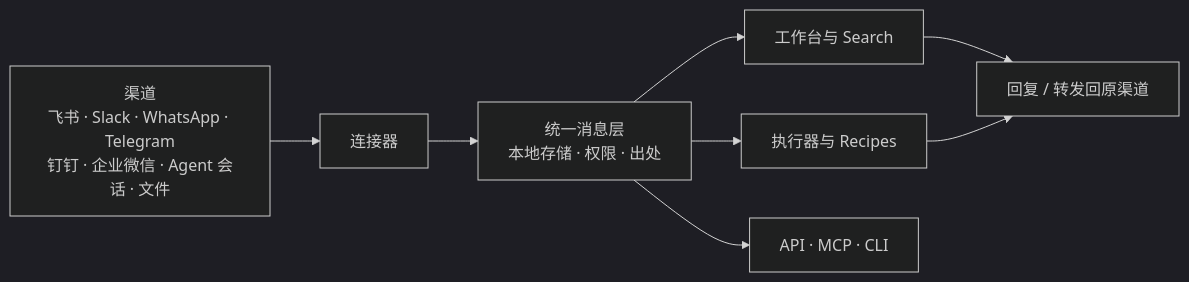
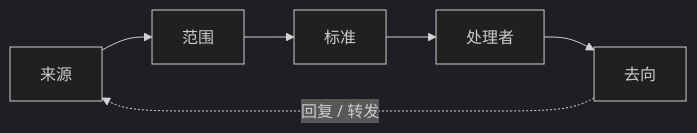
The diagram in docs/zh/PRODUCT.md (regenic-ai/regenic), drawn with Mermaid (dark theme) before and after one commit. The commit also changed other lines of this file and 129 other files, not shown here.

First line of the commit message:
Remove built-in scenario products and let any Agent answer a search.

````diff
--- a/docs/zh/PRODUCT.md
+++ b/docs/zh/PRODUCT.md
@@ -18,9 +20,5 @@
 ```mermaid
 flowchart LR
-  A[渠道<br/>飞书 · Slack · WhatsApp · Telegram<br/>钉钉 · 企业微信 · Agent 会话 · 文件] --> B[连接器]
-  B --> C[统一消息层<br/>本地存储 · 权限 · 出处]
-  C --> D[工作台与 Search]
-  C --> E[执行器与 Recipes]
-  C --> F[API · MCP · CLI]
-  D & E --> G[回复 / 转发回原渠道]
+  A[来源] --> B[范围] --> C[标准] --> D[处理者] --> E[去向]
+  E -.回复 / 转发.-> A
 ```
````
